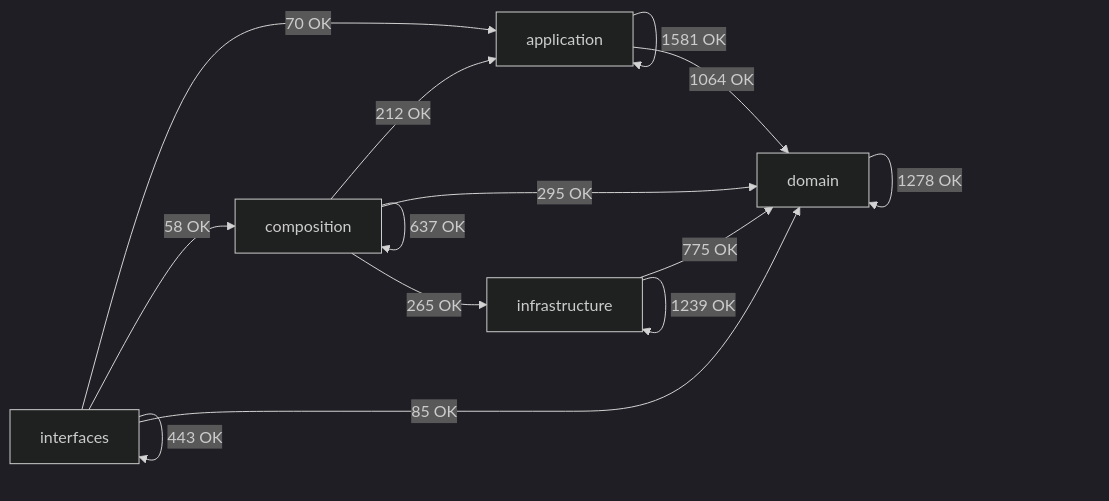
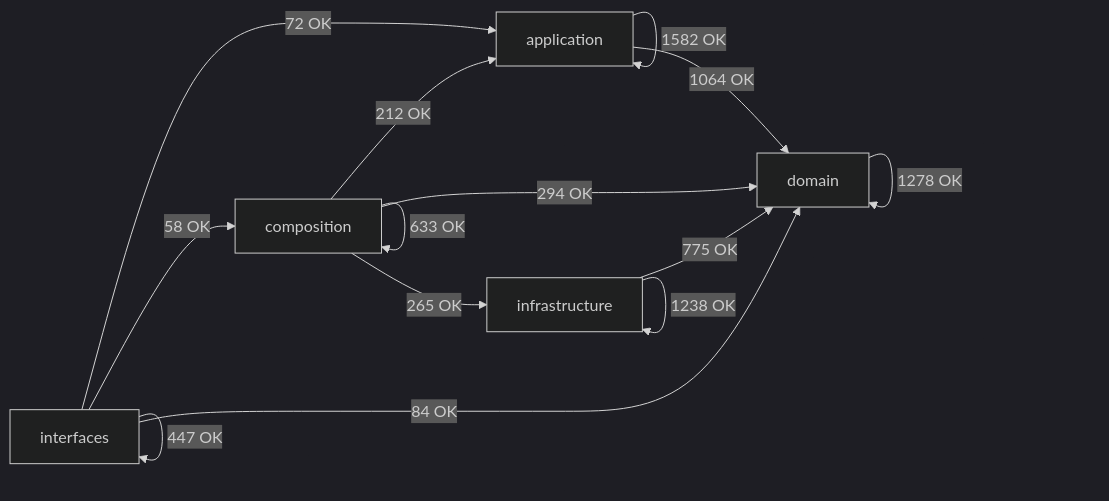
The diagram in docs/02-architecture/generated/module-dependency-map.md (SatoryKono/BioactivityDataAcquisition), drawn with Mermaid (dark theme) before and after one commit. The commit also changed other lines of this file and 29 other files, not shown here.

````diff
--- a/docs/02-architecture/generated/module-dependency-map.md
+++ b/docs/02-architecture/generated/module-dependency-map.md
@@ -17,21 +17,21 @@
 ```mermaid
 flowchart LR
     domain[domain]
     application[application]
     infrastructure[infrastructure]
     composition[composition]
     interfaces[interfaces]
-    application -->|1581 OK| application
+    application -->|1582 OK| application
     application -->|1064 OK| domain
     composition -->|212 OK| application
-    composition -->|637 OK| composition
-    composition -->|295 OK| domain
+    composition -->|633 OK| composition
+    composition -->|294 OK| domain
     composition -->|265 OK| infrastructure
     domain -->|1278 OK| domain
     infrastructure -->|775 OK| domain
-    infrastructure -->|1239 OK| infrastructure
-    interfaces -->|70 OK| application
+    infrastructure -->|1238 OK| infrastructure
+    interfaces -->|72 OK| application
     interfaces -->|58 OK| composition
-    interfaces -->|85 OK| domain
-    interfaces -->|443 OK| interfaces
+    interfaces -->|84 OK| domain
+    interfaces -->|447 OK| interfaces
 ```
````
